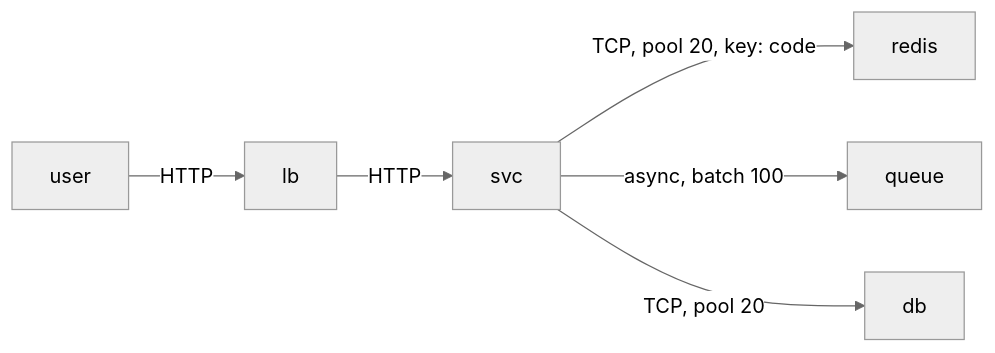
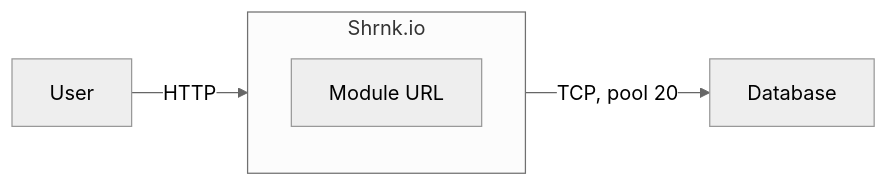
The diagram in docs/design.md (agustrinaldokurniawan/shrnk.io), drawn with Mermaid (neutral theme) before and after one commit. The commit also changed other lines of this file and 2 other files, not shown here.

````diff
--- a/docs/design.md
+++ b/docs/design.md
@@ -36,7 +55,13 @@
 ```mermaid
 graph LR
-  user -->|HTTP| lb -->|HTTP| svc
-  svc -->|TCP, pool 20, key: code| redis
-  svc -->|async, batch 100| queue
-  svc -->|TCP, pool 20| db
+  user["User"]
+  moduleurl["Module URL"]
+  db["Database"]
+
+  subgraph shrnk ["Shrnk.io"]
+    moduleurl
+  end
+
+  user --> |HTTP| shrnk
+  shrnk --> |TCP, pool 20| db
 ```
````
